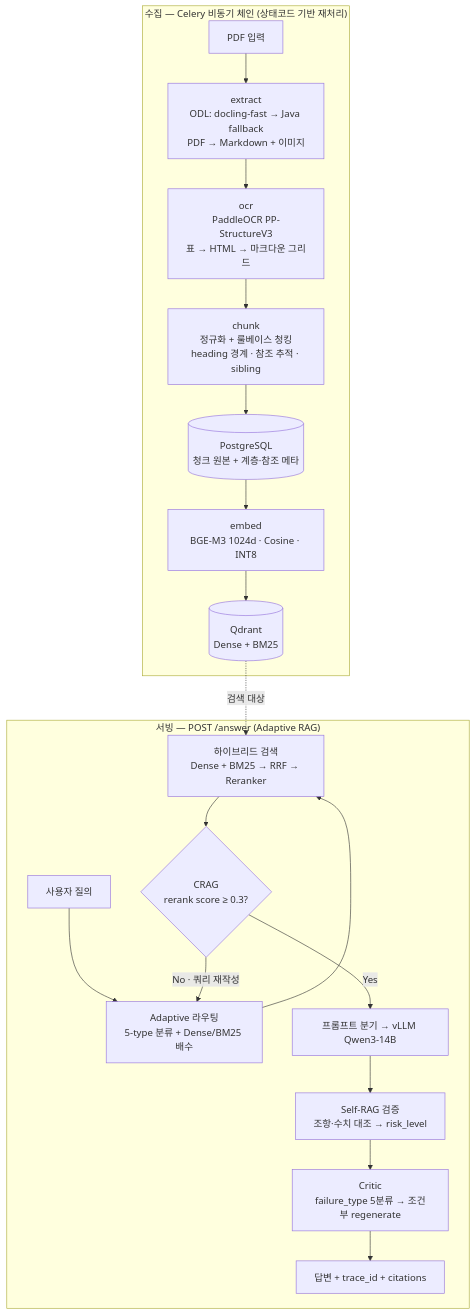
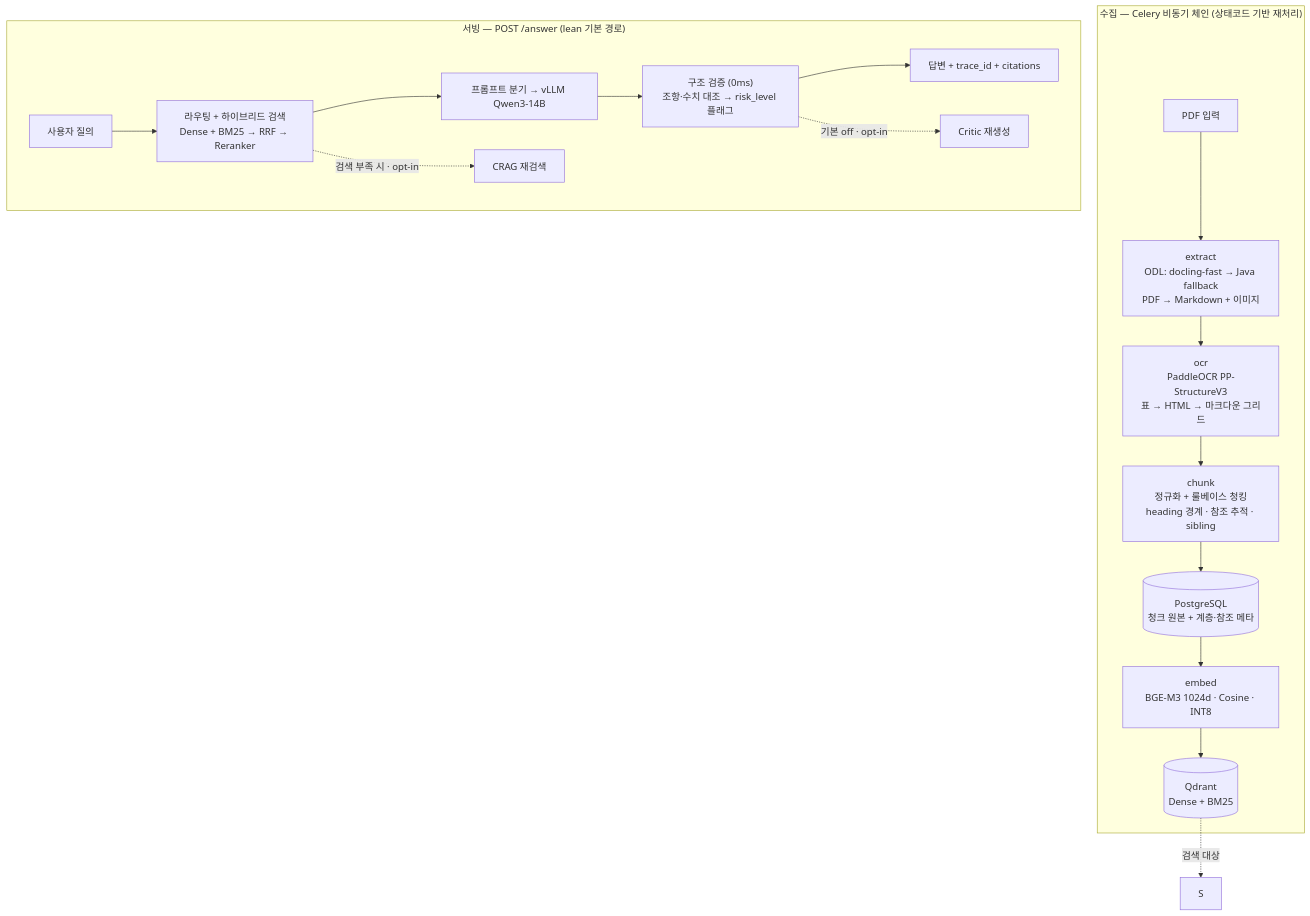
The diagram in README.md (deokjinlog/docs-rag), drawn with Mermaid before and after one commit. The commit also changed other lines of this file and 2 other files, not shown here.

Commit message:
docs+config: 설계 회고(측정 기반) + Critic 기본 opt-in + README 단순화
- docs/design-retrospective.md 신규 — trace 27건 실측 레이어 가성비 + 표준 RAG 근거
  (Anthropic Contextual Retrieval / Huang ICLR2024 / CRAG·Self-RAG·ARAGOG 인용) +
  RAGAS 자생 개선 루프 전략(측정 → 컨텍스트 품질 또는 파인튜닝, agentic은 opt-in)
- router.py: CRITIC_DISPATCH_ENABLED 기본값 false (opt-in) — 실측 개선 14%/p95 2배 근거
- README: 서빙 다이어그램 lean화(CRAG·Critic opt-in 점선), 특징 2줄 재구성(평가 기반 개선),
  라이선스 섹션 제거(LICENSE 파일이 GitHub에서 별도 표시), 회고 문서 링크 추가

````diff
--- a/README.md
+++ b/README.md
@@ -29,22 +29,20 @@
 ```mermaid
 flowchart TD
     subgraph 수집["수집 — Celery 비동기 체인 (상태코드 기반 재처리)"]
         A[PDF 입력] --> B["extract<br/>ODL: docling-fast → Java fallback<br/>PDF → Markdown + 이미지"]
         B --> C["ocr<br/>PaddleOCR PP-StructureV3<br/>표 → HTML → 마크다운 그리드"]
         C --> D["chunk<br/>정규화 + 룰베이스 청킹<br/>heading 경계 · 참조 추적 · sibling"]
         D --> E[("PostgreSQL<br/>청크 원본 + 계층·참조 메타")]
         E --> F["embed<br/>BGE-M3 1024d · Cosine · INT8"]
         F --> G[("Qdrant<br/>Dense + BM25")]
     end
-    subgraph 서빙["서빙 — POST /answer (Adaptive RAG)"]
-        Q[사용자 질의] --> R["Adaptive 라우팅<br/>5-type 분류 + Dense/BM25 배수"]
-        R --> S["하이브리드 검색<br/>Dense + BM25 → RRF → Reranker"]
-        S --> T{"CRAG<br/>rerank score ≥ 0.3?"}
-        T -->|No · 쿼리 재작성| R
-        T -->|Yes| U["프롬프트 분기 → vLLM Qwen3-14B"]
-        U --> V["Self-RAG 검증<br/>조항·수치 대조 → risk_level"]
-        V --> W["Critic<br/>failure_type 5분류 → 조건부 regenerate"]
-        W --> X[답변 + trace_id + citations]
+    subgraph 서빙["서빙 — POST /answer (lean 기본 경로)"]
+        Q[사용자 질의] --> R["라우팅 + 하이브리드 검색<br/>Dense + BM25 → RRF → Reranker"]
+        R --> U["프롬프트 분기 → vLLM Qwen3-14B"]
+        U --> V["구조 검증 (0ms)<br/>조항·수치 대조 → risk_level 플래그"]
+        V --> X[답변 + trace_id + citations]
+        R -.검색 부족 시 · opt-in.-> CRAG["CRAG 재검색"]
+        V -.기본 off · opt-in.-> CR["Critic 재생성"]
     end
     G -.검색 대상.-> S
 ```
````
